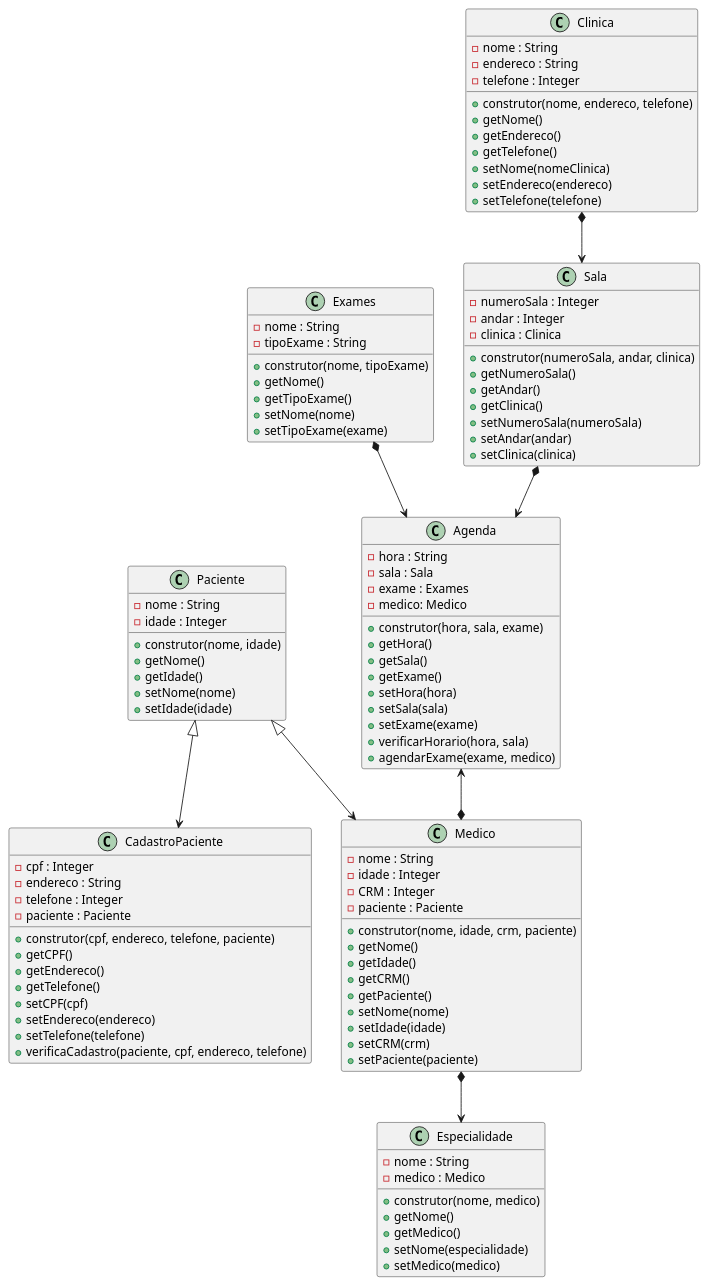
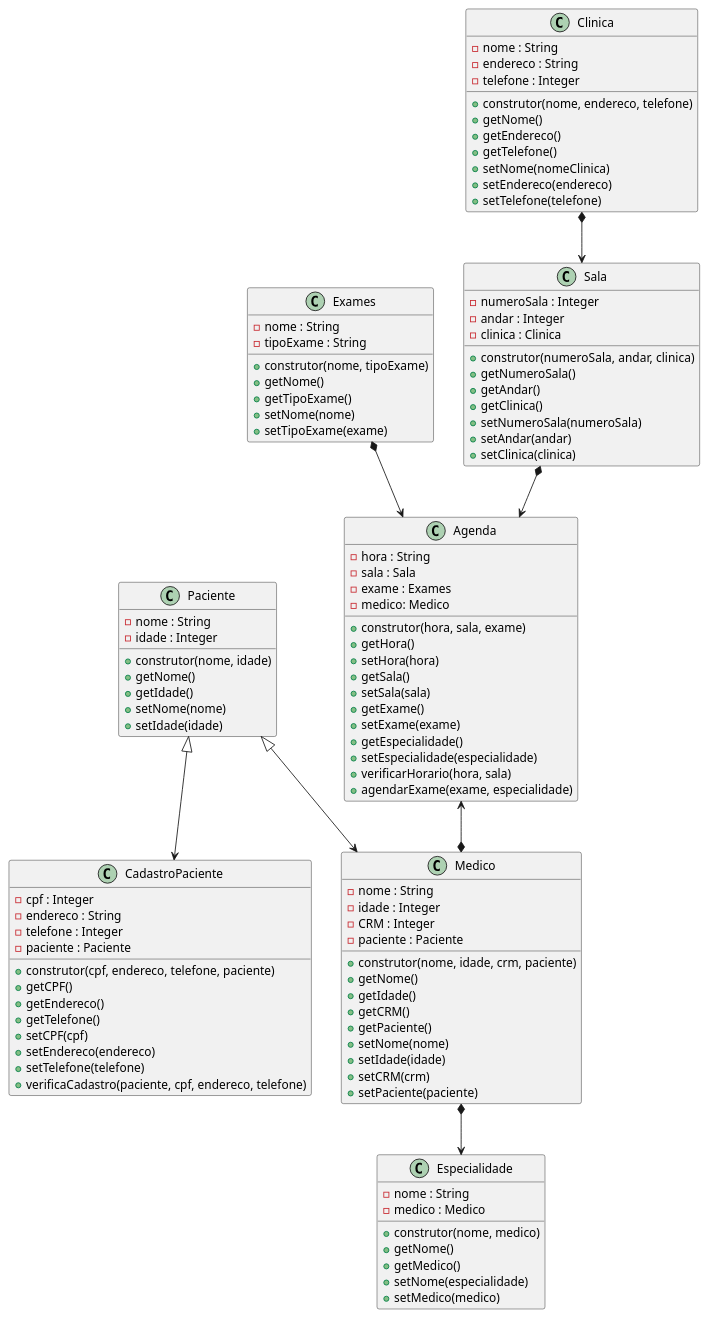
Before and after one commit to anleaes/2022-1-N2-POO-03: the diagram in diagrama.plantuml, drawn with PlantUML.

Commit message:
criado metodos get e set de especialidade

```diff
--- a/diagrama.plantuml
+++ b/diagrama.plantuml
@@ -1,114 +1,116 @@
 @startuml Gerenciamento de Exames Medicos
 
     class Agenda{
         - hora : String
         - sala : Sala
         - exame : Exames
         - medico: Medico
         + construtor(hora, sala, exame)
         + getHora()
+        + setHora(hora)
         + getSala()
+        + setSala(sala)
         + getExame()
-        + setHora(hora)
-        + setSala(sala)
         + setExame(exame)
+        + getEspecialidade()
+        + setEspecialidade(especialidade)
         + verificarHorario(hora, sala)
-        + agendarExame(exame, medico)
+        + agendarExame(exame, especialidade)
     }
 
     class Paciente{
         - nome : String
         - idade : Integer
         + construtor(nome, idade)
         + getNome()
         + getIdade()
         + setNome(nome)
         + setIdade(idade)
     }
 
     class CadastroPaciente{
         - cpf : Integer
         - endereco : String
         - telefone : Integer
         - paciente : Paciente
         + construtor(cpf, endereco, telefone, paciente)
         + getCPF()
         + getEndereco()
         + getTelefone()
         + setCPF(cpf)
         + setEndereco(endereco)
         + setTelefone(telefone)
         + verificaCadastro(paciente, cpf, endereco, telefone)
     }
 
     class Medico{
         - nome : String
         - idade : Integer
         - CRM : Integer
         - paciente : Paciente
         + construtor(nome, idade, crm, paciente)
         + getNome()
         + getIdade()
         + getCRM()
         + getPaciente()
         + setNome(nome)
         + setIdade(idade)
         + setCRM(crm)
         + setPaciente(paciente)
     }
 
     class Exames{
         - nome : String
         - tipoExame : String
         + construtor(nome, tipoExame)
         + getNome()
         + getTipoExame()
         + setNome(nome)
         + setTipoExame(exame)
     }
 
     class Especialidade{
         - nome : String
         - medico : Medico
         + construtor(nome, medico)
         + getNome()
         + getMedico()
         + setNome(especialidade)
         + setMedico(medico)
     }
 
     class Clinica{
         - nome : String
         - endereco : String
         - telefone : Integer
         + construtor(nome, endereco, telefone)
         + getNome()
         + getEndereco()
         + getTelefone()
         + setNome(nomeClinica)
         + setEndereco(endereco)
         + setTelefone(telefone)
     }
 
     class Sala{
         - numeroSala : Integer
         - andar : Integer
         - clinica : Clinica
         + construtor(numeroSala, andar, clinica)
         + getNumeroSala()
         + getAndar()
         + getClinica()
         + setNumeroSala(numeroSala)
         + setAndar(andar)
         + setClinica(clinica)
     }
 
     Paciente <|--> CadastroPaciente
     Paciente <|--> Medico
     Medico *--> Especialidade
     Exames *--> Agenda
     Sala *--> Agenda
     Agenda <--* Medico
     Clinica *--> Sala
 
 @enduml
```
